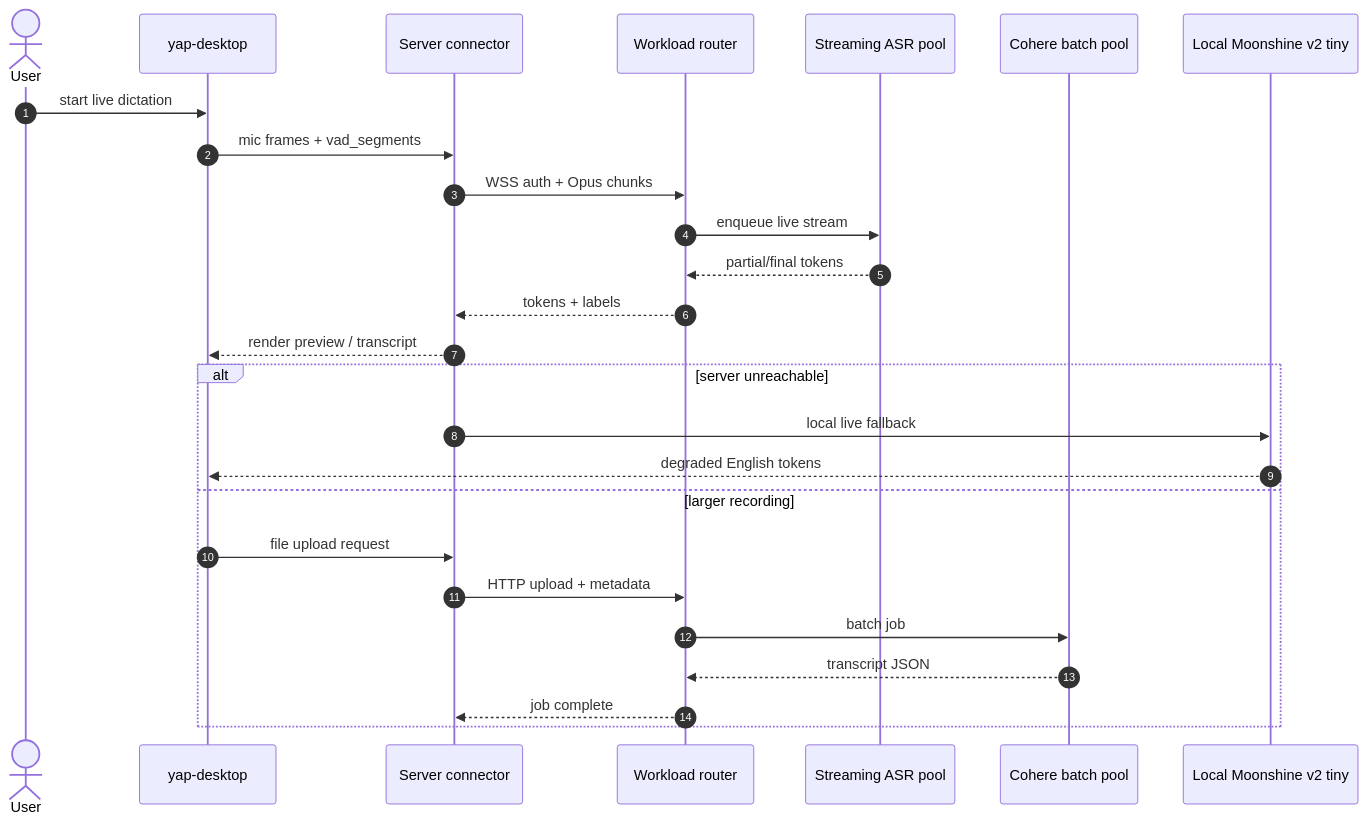
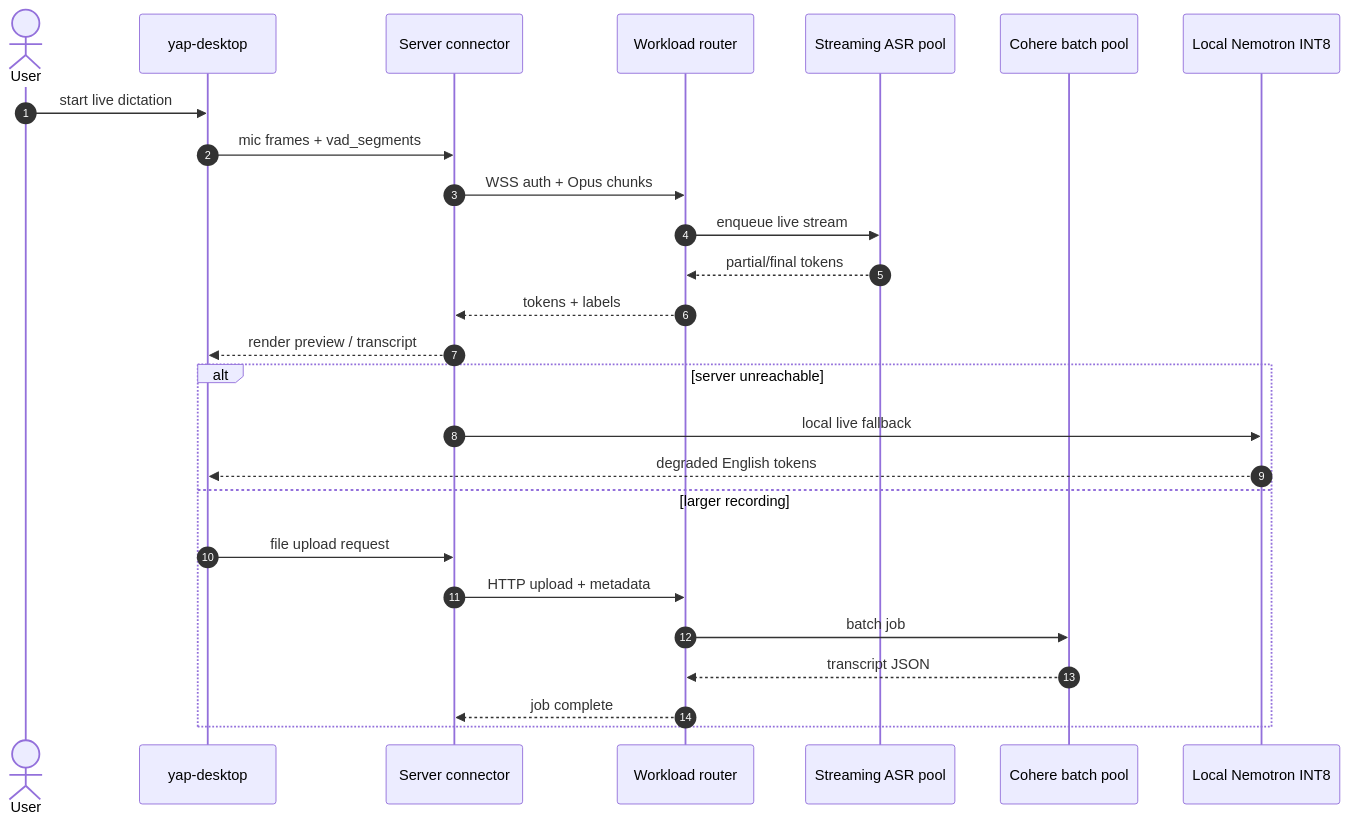
One commit to mcnatg1/yap changed the fourth of 5 diagrams in docs/adr/0014-server-tier-compute-topology.md. Above: the diagram before and after it, drawn with Mermaid. The commit also changed other lines of this file and 93 other files, not shown here.

Commit message:
feat: pivot local fallback to Nemotron

````diff
--- a/docs/adr/0014-server-tier-compute-topology.md
+++ b/docs/adr/0014-server-tier-compute-topology.md
@@ -186,30 +187,30 @@
 ```mermaid
 sequenceDiagram
     autonumber
     actor User
     participant Desktop as yap-desktop
     participant Connector as Server connector
     participant Router as Workload router
     participant ASR as Streaming ASR pool
     participant Batch as Cohere batch pool
-    participant Fallback as Local Moonshine v2 tiny
+    participant Fallback as Local Nemotron INT8
 
     User->>Desktop: start live dictation
     Desktop->>Connector: mic frames + vad_segments
     Connector->>Router: WSS auth + Opus chunks
     Router->>ASR: enqueue live stream
     ASR-->>Router: partial/final tokens
     Router-->>Connector: tokens + labels
     Connector-->>Desktop: render preview / transcript
 
     alt server unreachable
         Connector->>Fallback: local live fallback
         Fallback-->>Desktop: degraded English tokens
     else larger recording
         Desktop->>Connector: file upload request
         Connector->>Router: HTTP upload + metadata
         Router->>Batch: batch job
         Batch-->>Router: transcript JSON
         Router-->>Connector: job complete
     end
 ```
````
